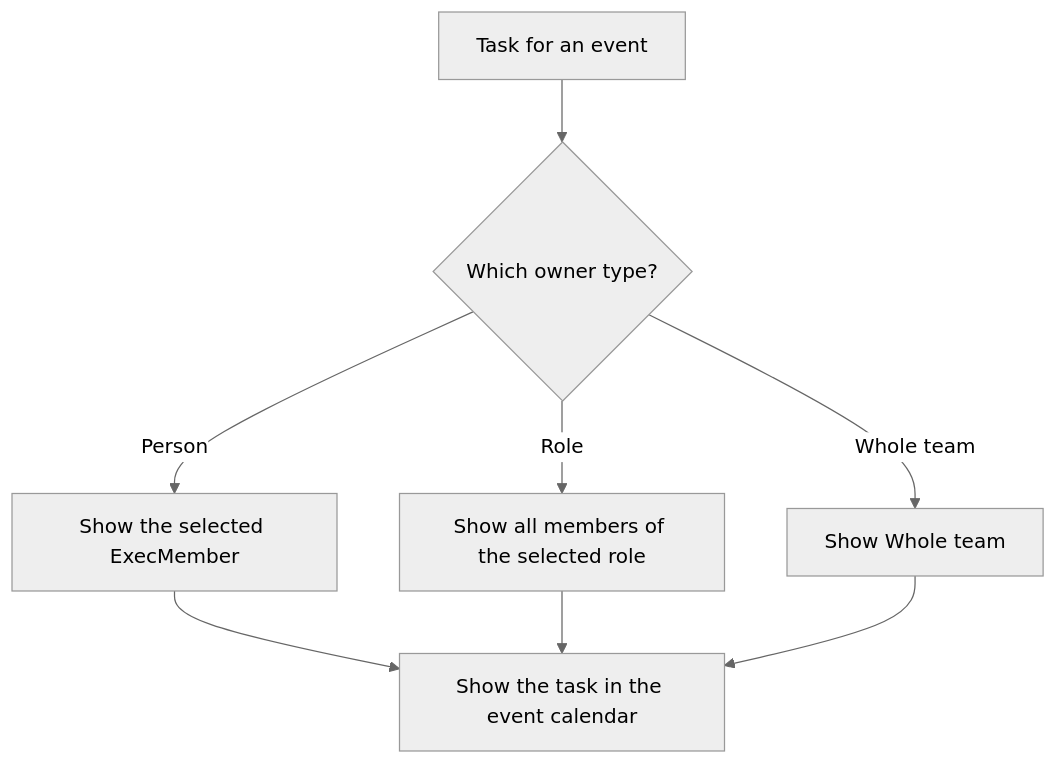
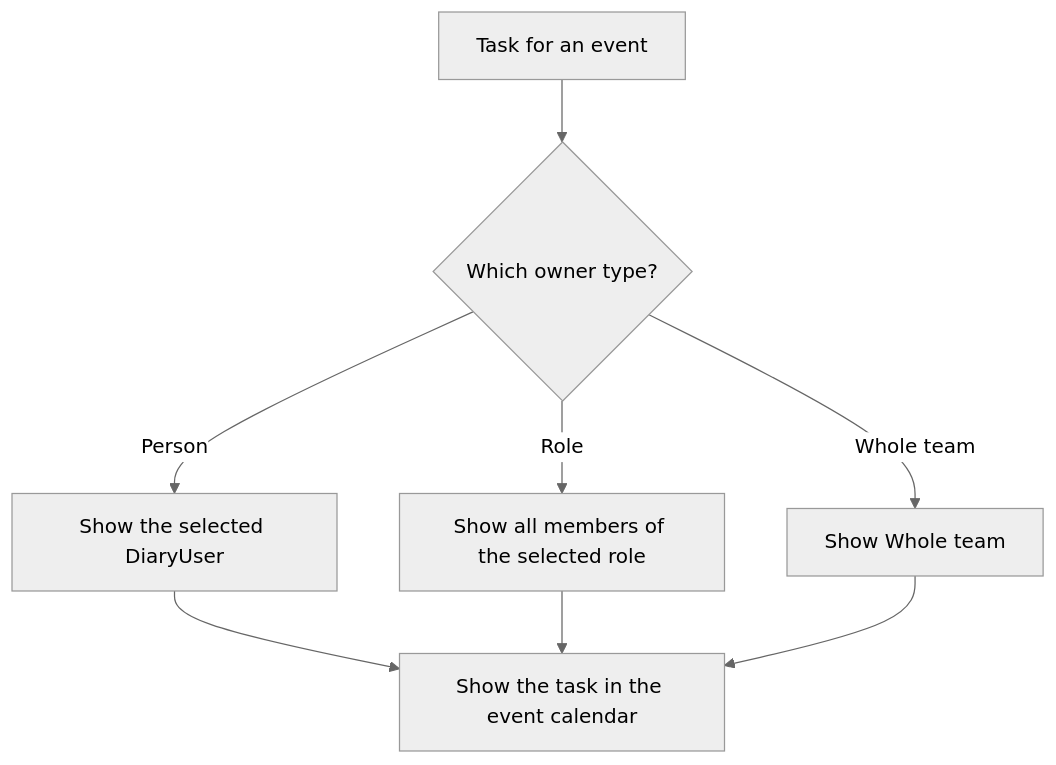
Before and after one commit to TonyFlury/GarageSale: the eighth of 14 diagrams in docs/design/event-calendar.md, drawn with Mermaid (neutral theme). The commit also changed other lines of this file and 1 other file, not shown here.

Commit message:
docs: define configurable Diary roles and host-controlled instance access

````diff
--- a/docs/design/event-calendar.md
+++ b/docs/design/event-calendar.md
@@ -480,10 +484,10 @@
 ```mermaid
 flowchart TD
     A[Task for an event] --> B{Which owner type?}
-    B -->|Person| C[Show the selected ExecMember]
+    B -->|Person| C[Show the selected DiaryUser]
     B -->|Role| D[Show all members of the selected role]
     B -->|Whole team| E[Show Whole team]
     C --> F[Show the task in the event calendar]
     D --> F
     E --> F
 ```
````
